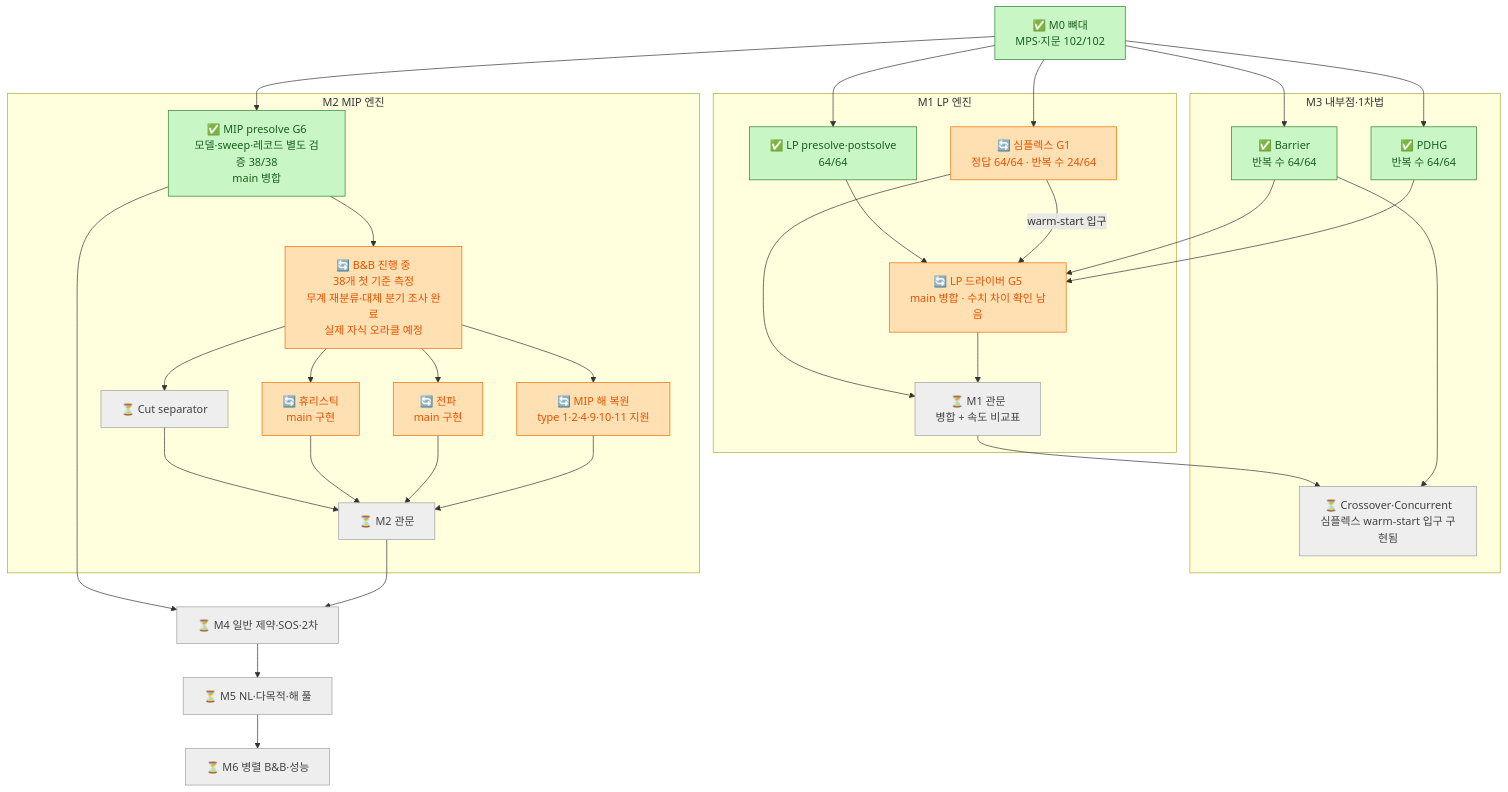
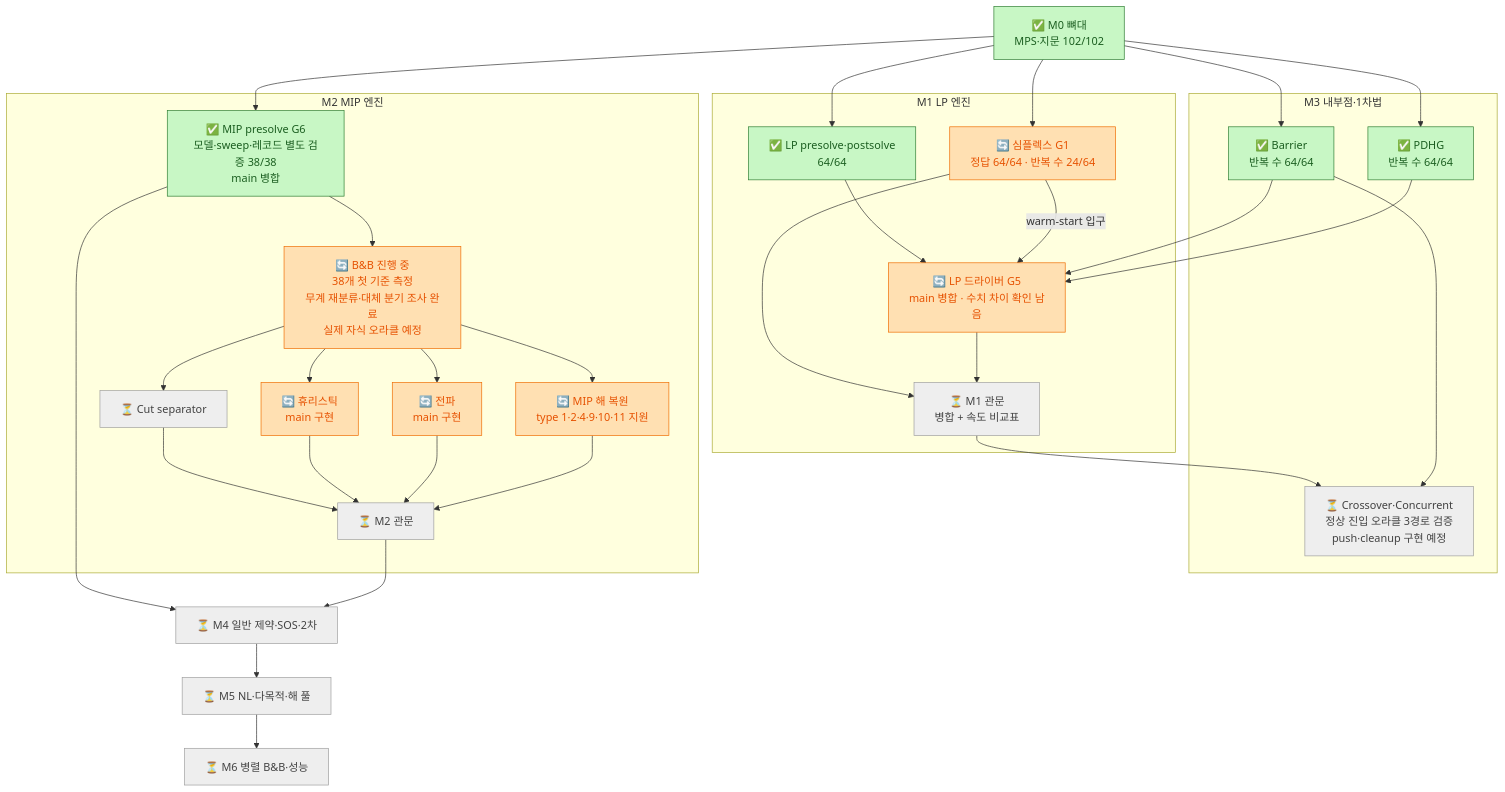
Before and after one commit to kjh278231/kerobi: the diagram in docs/12_roadmap_diagram.md, drawn with Mermaid. The commit also changed other lines of this file and 35 other files, not shown here.

````diff
--- a/docs/12_roadmap_diagram.md
+++ b/docs/12_roadmap_diagram.md
@@ -23,49 +25,49 @@
 ```mermaid
 flowchart TD
     classDef done fill:#c8f7c5,stroke:#2e7d32,color:#1b5e20
     classDef doing fill:#ffe0b2,stroke:#ef6c00,color:#e65100
     classDef pending fill:#bbdefb,stroke:#1565c0,color:#0d47a1
     classDef todo fill:#eeeeee,stroke:#9e9e9e,color:#424242
 
     M0["✅ M0 뼈대<br/>MPS·지문 102/102"]:::done
 
     subgraph M1["M1 LP 엔진"]
         PRE["✅ LP presolve·postsolve<br/>64/64"]:::done
         SPX["🔄 심플렉스 G1<br/>정답 64/64 · 반복 수 24/64"]:::doing
         DRV["🔄 LP 드라이버 G5<br/>main 병합 · 수치 차이 확인 남음"]:::doing
         GATE1["⏳ M1 관문<br/>병합 + 속도 비교표"]:::todo
     end
 
     subgraph M3["M3 내부점·1차법"]
         BAR["✅ Barrier<br/>반복 수 64/64"]:::done
         PDHG["✅ PDHG<br/>반복 수 64/64"]:::done
-        XO["⏳ Crossover·Concurrent<br/>심플렉스 warm-start 입구 구현됨"]:::todo
+        XO["⏳ Crossover·Concurrent<br/>정상 진입 오라클 3경로 검증<br/>push·cleanup 구현 예정"]:::todo
     end
 
     subgraph M2["M2 MIP 엔진"]
         MPRE["✅ MIP presolve G6<br/>모델·sweep·레코드 별도 검증 38/38<br/>main 병합"]:::done
         BNB["🔄 B&B 진행 중<br/>38개 첫 기준 측정<br/>무계 재분류·대체 분기 조사 완료<br/>실제 자식 오라클 예정"]:::doing
         CUT["⏳ Cut separator"]:::todo
         HEU["🔄 휴리스틱<br/>main 구현"]:::doing
         PROP["🔄 전파<br/>main 구현"]:::doing
         POST["🔄 MIP 해 복원<br/>type 1·2·4·9·10·11 지원"]:::doing
         GATE2["⏳ M2 관문"]:::todo
     end
 
     M4["⏳ M4 일반 제약·SOS·2차"]:::todo
     M5["⏳ M5 NL·다목적·해 풀"]:::todo
     M6["⏳ M6 병렬 B&B·성능"]:::todo
 
     M0 --> PRE & SPX & BAR & PDHG & MPRE
     PRE --> DRV
     BAR & PDHG --> DRV
     SPX -- "warm-start 입구" --> DRV
     SPX & DRV --> GATE1
     GATE1 --> XO
     BAR --> XO
     MPRE --> BNB
     BNB --> CUT & HEU & PROP & POST
     CUT & HEU & PROP & POST --> GATE2
     MPRE --> M4
     GATE2 --> M4 --> M5 --> M6
 ```
````
